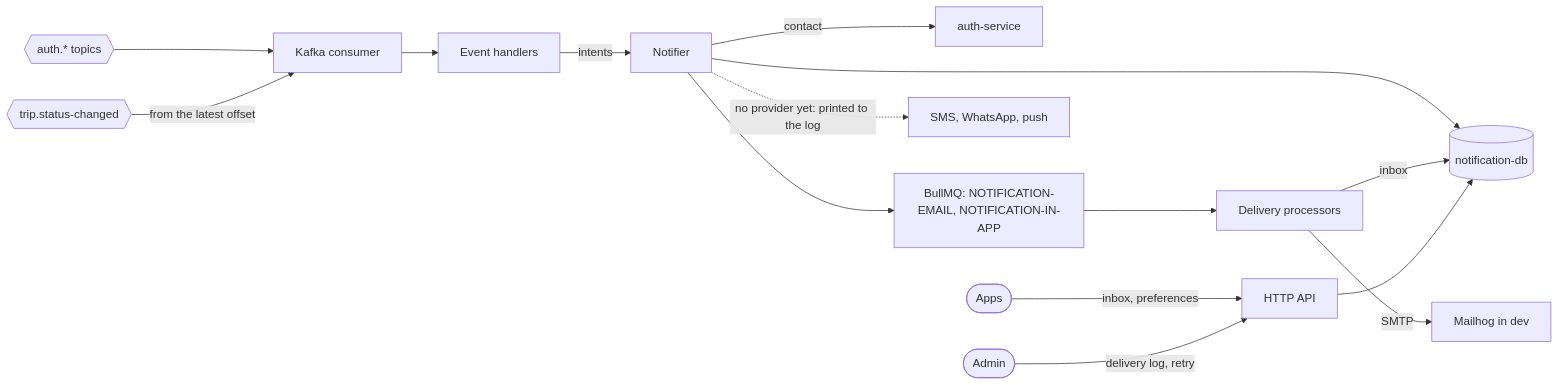
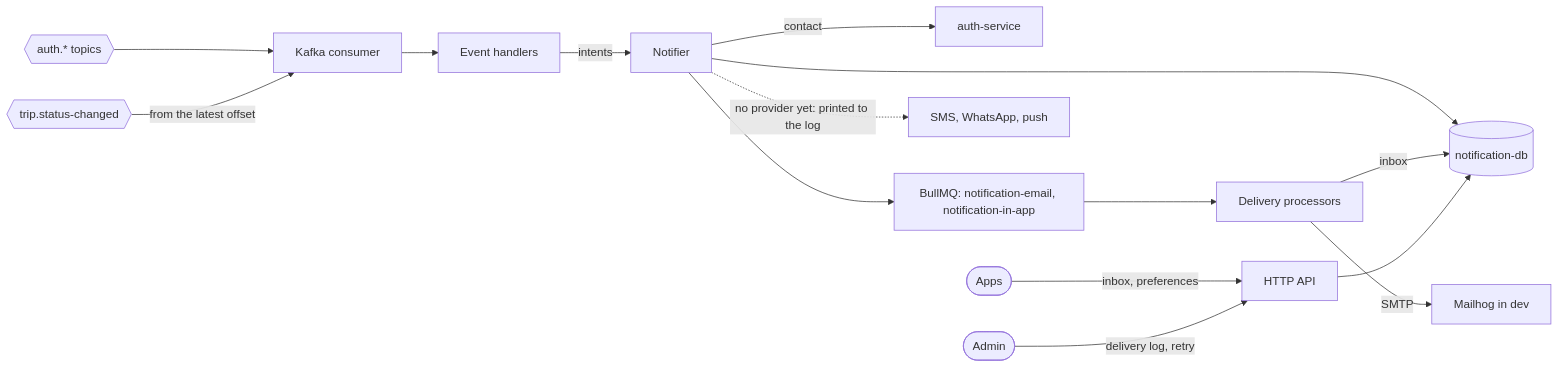
The first of 5 diagrams in docs/services/notification-service.md (Mohammed-Taysser/masr3), drawn with Mermaid before and after one commit. The commit also changed other lines of this file and 15 other files, not shown here.

````diff
--- a/docs/services/notification-service.md
+++ b/docs/services/notification-service.md
@@ -15,17 +15,17 @@
 ```mermaid
 flowchart LR
   auth{{auth.* topics}} --> C[Kafka consumer]
   trip{{trip.status-changed}} -->|from the latest offset| C
   C --> H[Event handlers]
   H -->|intents| N[Notifier]
   N -->|contact| A[auth-service]
   N --> DB[(notification-db)]
-  N --> Q[BullMQ: NOTIFICATION-EMAIL, NOTIFICATION-IN-APP]
+  N --> Q[BullMQ: notification-email, notification-in-app]
   Q --> P[Delivery processors]
   P -->|SMTP| M[Mailhog in dev]
   P -->|inbox| DB
   N -.->|no provider yet: printed to the log| L[SMS, WhatsApp, push]
   app([Apps]) -->|inbox, preferences| API[HTTP API]
   admin([Admin]) -->|delivery log, retry| API
   API --> DB
 ```
````
